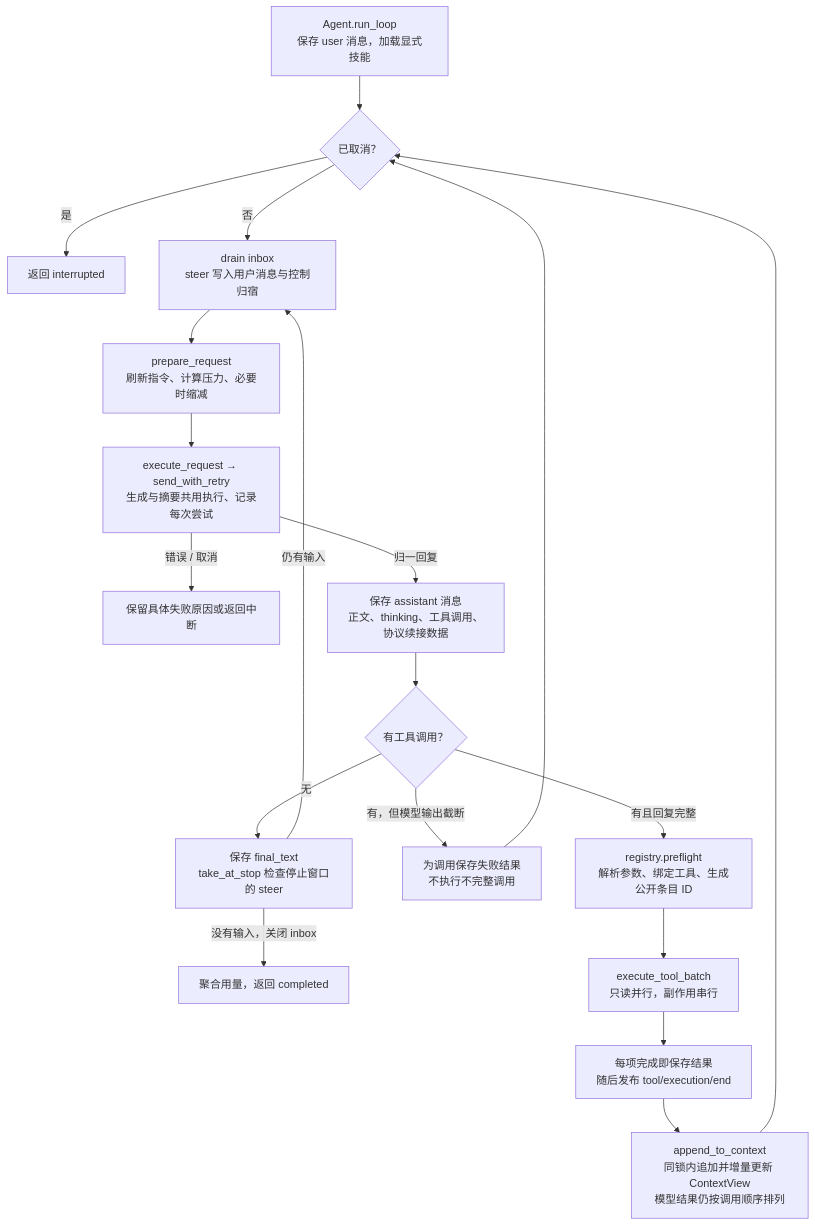
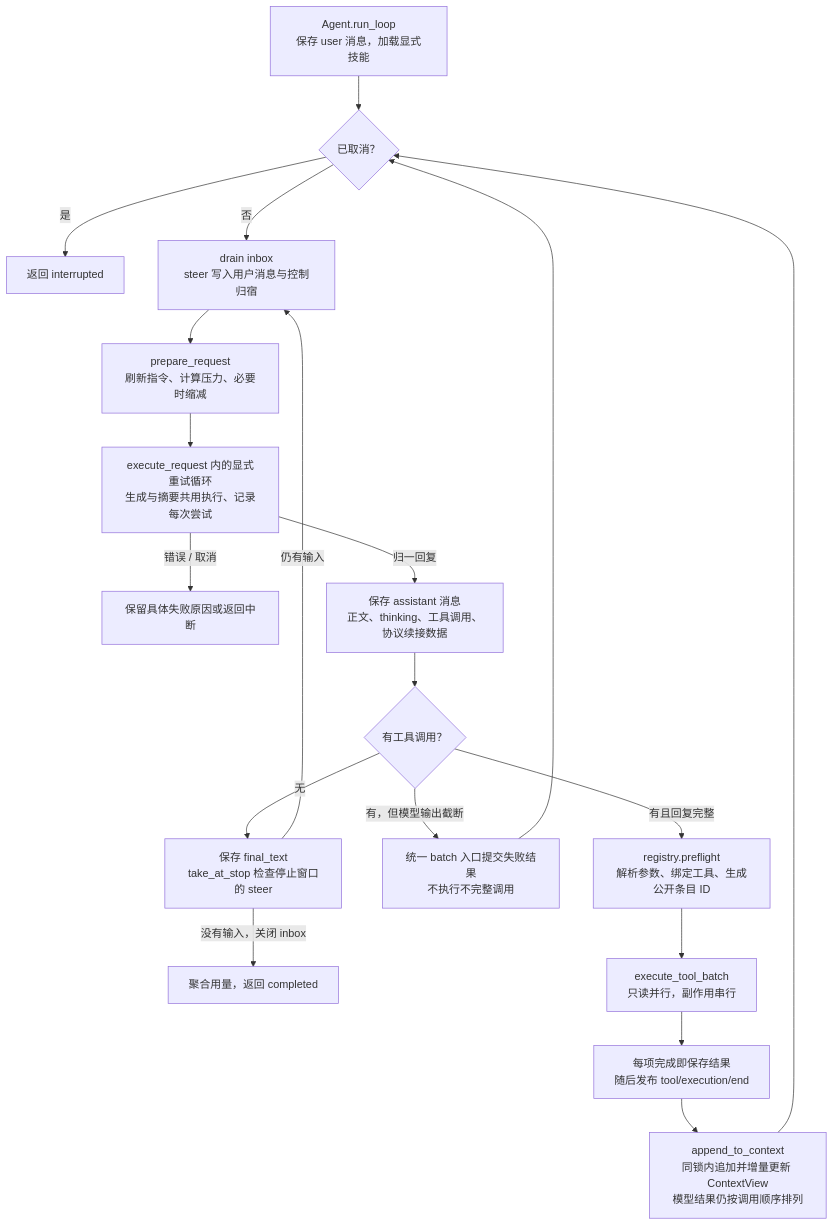
Diagram 14 of 29 in docs/singularity.md (qjcnmd/singularity-agent), drawn with Mermaid before and after one commit. The commit also changed other lines of this file and 28 other files, not shown here.

````diff
--- a/docs/singularity.md
+++ b/docs/singularity.md
@@ -372,21 +372,21 @@
 ```mermaid
 flowchart TB
     Input["Agent.run_loop<br/>保存 user 消息，加载显式技能"] --> Cancel{"已取消？"}
     Cancel -->|"是"| Abort["返回 interrupted"]
     Cancel -->|"否"| Inbox["drain inbox<br/>steer 写入用户消息与控制归宿"]
     Inbox --> Prepare["prepare_request<br/>刷新指令、计算压力、必要时缩减"]
-    Prepare --> Request["execute_request → send_with_retry<br/>生成与摘要共用执行、记录每次尝试"]
+    Prepare --> Request["execute_request 内的显式重试循环<br/>生成与摘要共用执行、记录每次尝试"]
     Request -->|"错误 / 取消"| Failure["保留具体失败原因或返回中断"]
     Request -->|"归一回复"| Assistant["保存 assistant 消息<br/>正文、thinking、工具调用、协议续接数据"]
     Assistant --> Calls{"有工具调用？"}
     Calls -->|"无"| Stop["保存 final_text<br/>take_at_stop 检查停止窗口的 steer"]
     Stop -->|"仍有输入"| Inbox
     Stop -->|"没有输入，关闭 inbox"| Completed["聚合用量，返回 completed"]
-    Calls -->|"有，但模型输出截断"| Truncated["为调用保存失败结果<br/>不执行不完整调用"]
+    Calls -->|"有，但模型输出截断"| Truncated["统一 batch 入口提交失败结果<br/>不执行不完整调用"]
     Truncated --> Cancel
     Calls -->|"有且回复完整"| Preflight["registry.preflight<br/>解析参数、绑定工具、生成公开条目 ID"]
     Preflight --> Batch["execute_tool_batch<br/>只读并行，副作用串行"]
     Batch --> Results["每项完成即保存结果<br/>随后发布 tool/execution/end"]
     Results --> Context["append_to_context<br/>同锁内追加并增量更新 ContextView<br/>模型结果仍按调用顺序排列"]
     Context --> Cancel
 ```
````
